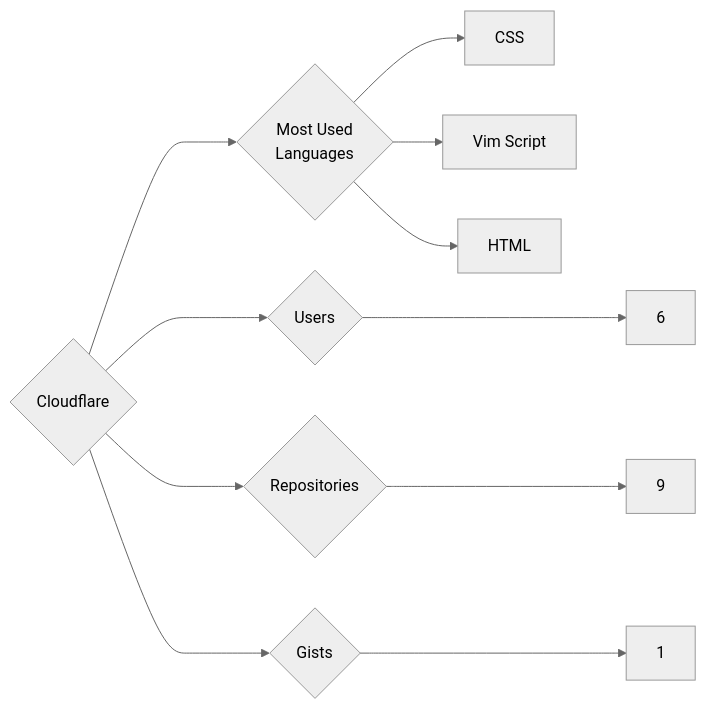
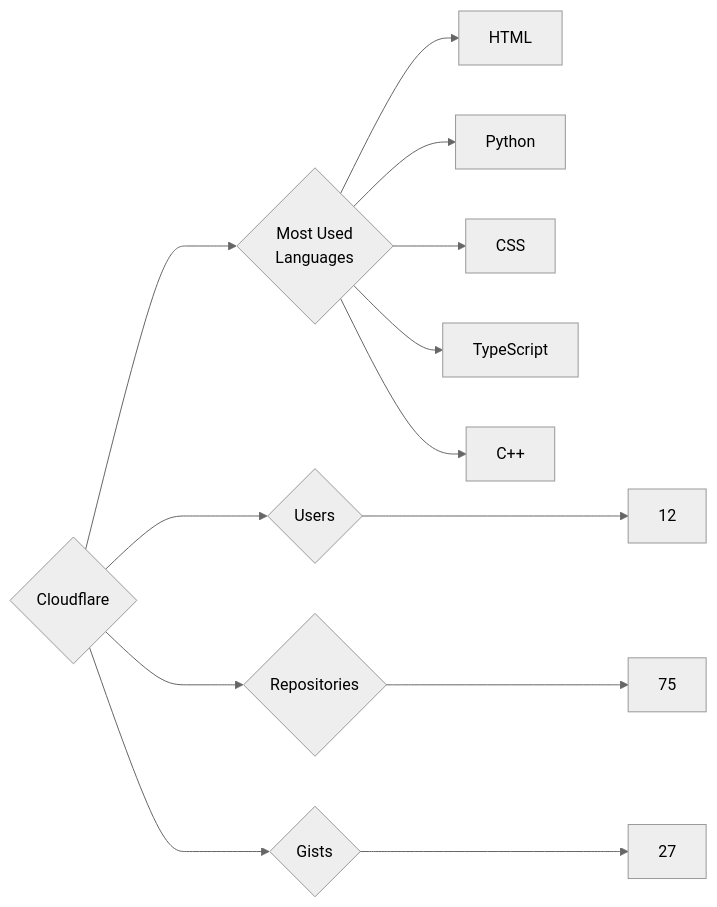
One commit to trickest/insiders changed the diagram in targets/Cloudflare/README.md. Above: the diagram before and after it, drawn with Mermaid (neutral theme). The commit also changed 1023 other files, not shown here.

````diff
--- a/targets/Cloudflare/README.md
+++ b/targets/Cloudflare/README.md
@@ -3,11 +3,13 @@
 ```mermaid
 graph LR
 COMPANY_NAME{Cloudflare}
-COMPANY_NAME ---> U{Users} ---> UN[6]
-COMPANY_NAME ---> R{Repositories} ---> RN[9]
-COMPANY_NAME ---> G{Gists} ---> GN[1]
+COMPANY_NAME ---> U{Users} ---> UN[12]
+COMPANY_NAME ---> R{Repositories} ---> RN[75]
+COMPANY_NAME ---> G{Gists} ---> GN[27]
 COMPANY_NAME ---> ML{Most Used<br>Languages}
+ML --> HTML[HTML]
+ML --> Python[Python]
 ML --> CSS[CSS]
-ML --> Vim_Script[Vim Script]
-ML --> HTML[HTML]
+ML --> TypeScript[TypeScript]
+ML --> C++[C++]
 ```
````
